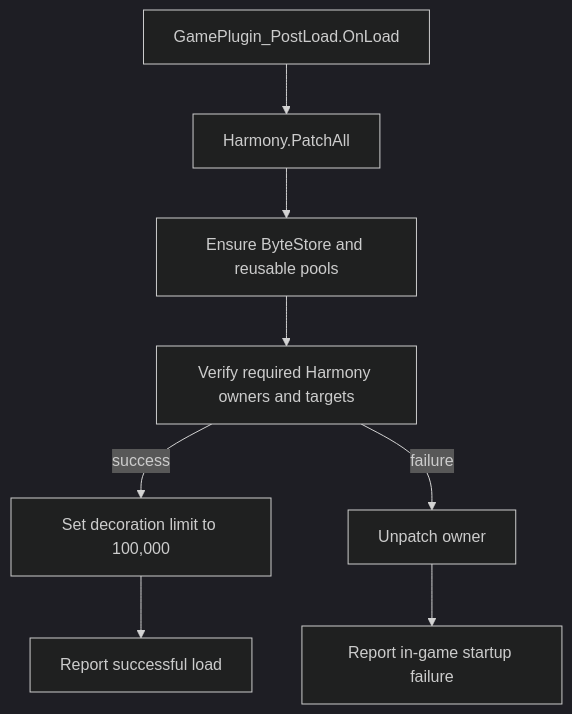
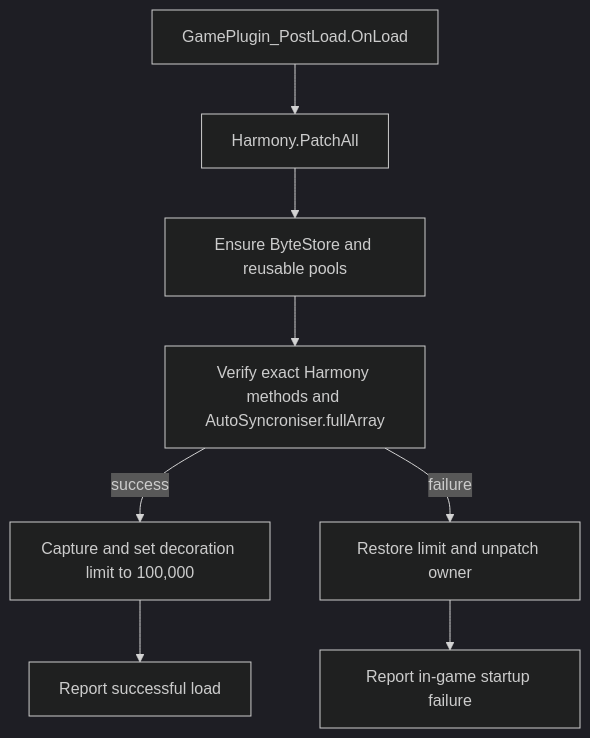
The diagram in docs/DECO_LIMIT_LIFTER_TECHNICAL.md (Albiv-web/EndlessShapesUnlimited), drawn with Mermaid (dark theme) before and after one commit. The commit also changed other lines of this file and 33 other files, not shown here.

````diff
--- a/docs/DECO_LIMIT_LIFTER_TECHNICAL.md
+++ b/docs/DECO_LIMIT_LIFTER_TECHNICAL.md
@@ -29,10 +29,10 @@
 ```mermaid
 flowchart TD
     A["GamePlugin_PostLoad.OnLoad"] --> B["Harmony.PatchAll"]
     B --> C["Ensure ByteStore and reusable pools"]
-    C --> D["Verify required Harmony owners and targets"]
-    D -->|success| E["Set decoration limit to 100,000"]
-    D -->|failure| F["Unpatch owner"]
+    C --> D["Verify exact Harmony methods and AutoSyncroniser.fullArray"]
+    D -->|success| E["Capture and set decoration limit to 100,000"]
+    D -->|failure| F["Restore limit and unpatch owner"]
     E --> G["Report successful load"]
     F --> H["Report in-game startup failure"]
 ```
````
